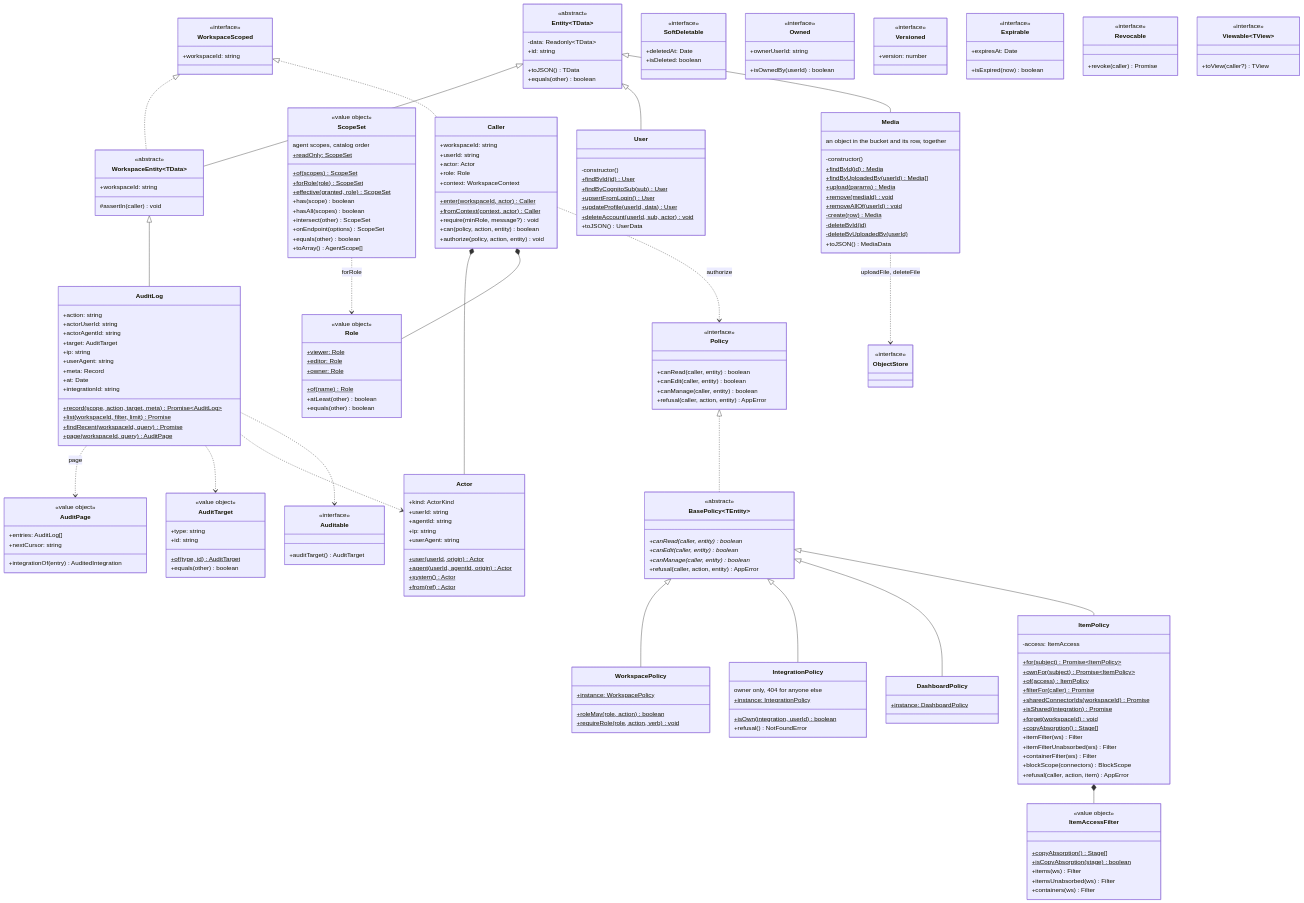
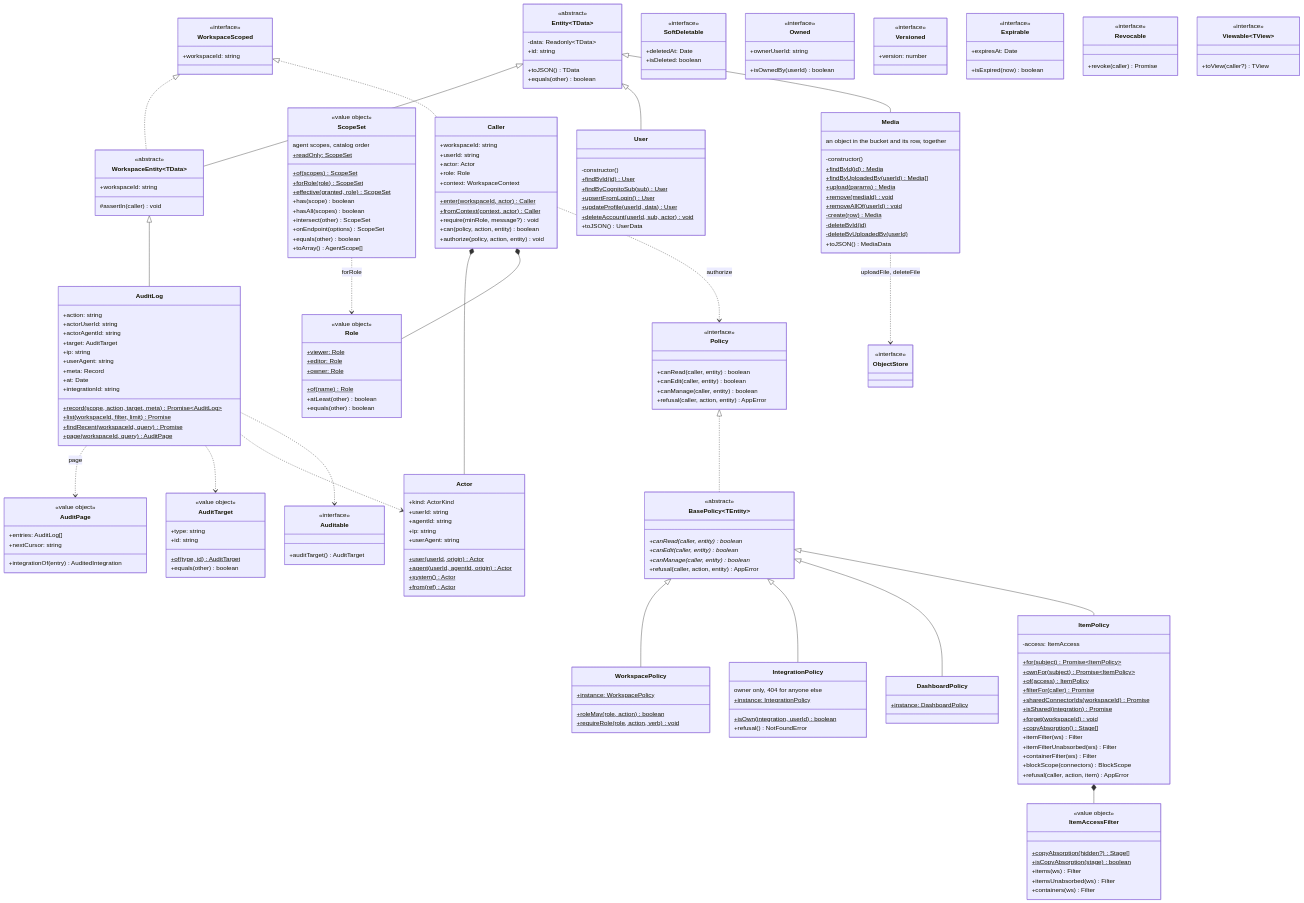
The first of 10 diagrams in docs/design/CLASSES.md (shalev396/ToDoList), drawn with Mermaid before and after one commit. The commit also changed other lines of this file and 15 other files, not shown here.

```diff
--- a/docs/design/CLASSES.md
+++ b/docs/design/CLASSES.md
@@ -209,7 +209,7 @@
   }
   class ItemAccessFilter {
     <<value object>>
-    +copyAbsorption()$ Stage[]
+    +copyAbsorption(hidden?)$ Stage[]
     +isCopyAbsorption(stage)$ boolean
     +items(ws) Filter
     +itemsUnabsorbed(ws) Filter
```
